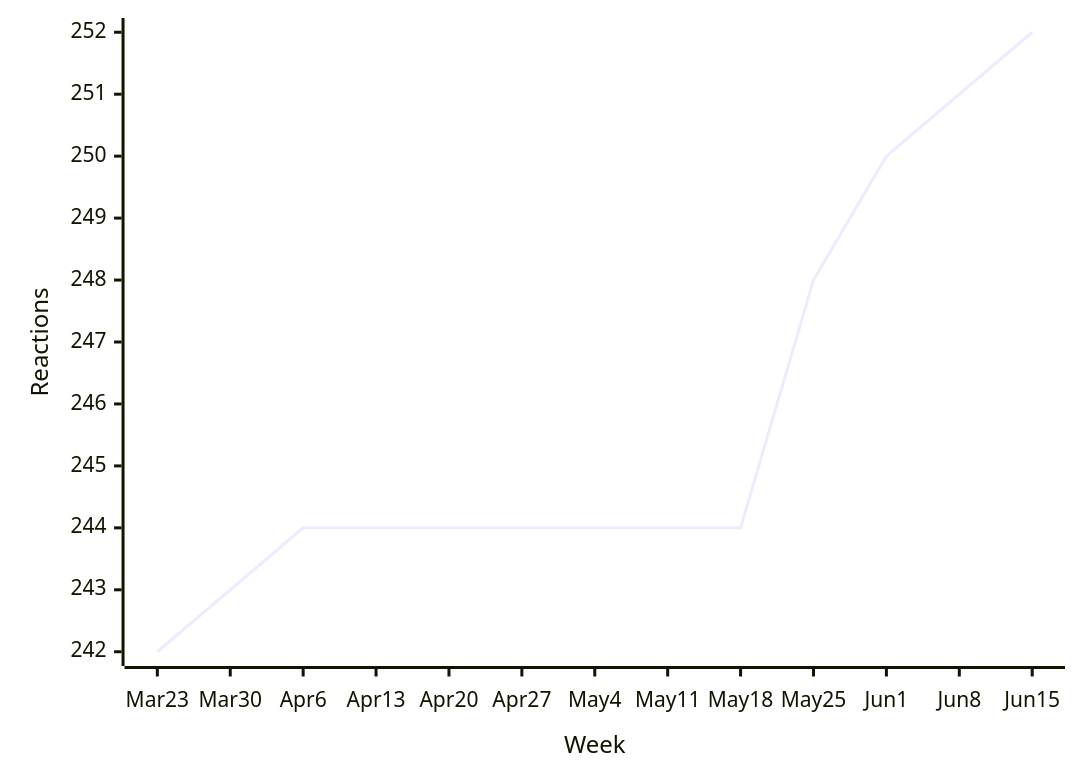
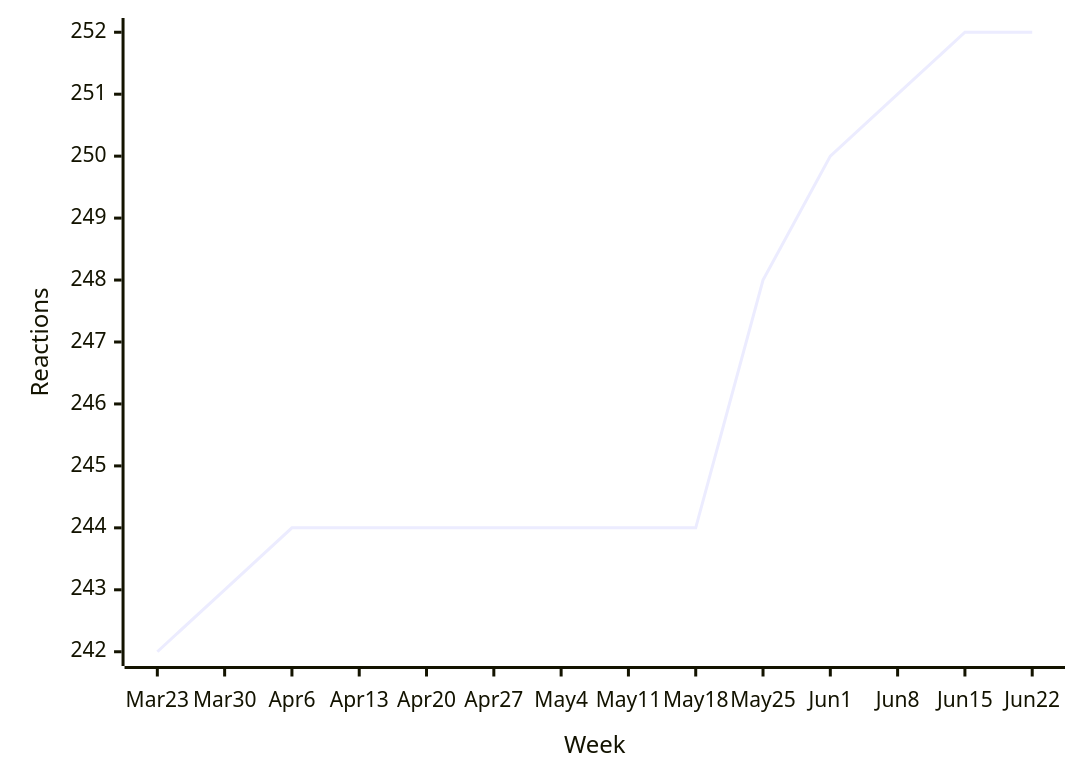
One commit to loic-sharma/github-insights changed diagram 14 of 50 in README.md. Above: the diagram before and after it, drawn with Mermaid. The commit also changed other lines of this file and 3 other files, not shown here.

````diff
--- a/README.md
+++ b/README.md
@@ -560,6 +560,6 @@
   ```mermaid
   xychart-beta
-    x-axis "Week" [Mar 23, Mar 30, Apr 6, Apr 13, Apr 20, Apr 27, May 4, May 11, May 18, May 25, Jun 1, Jun 8, Jun 15]
+    x-axis "Week" [Mar 23, Mar 30, Apr 6, Apr 13, Apr 20, Apr 27, May 4, May 11, May 18, May 25, Jun 1, Jun 8, Jun 15, Jun 22]
     y-axis "Reactions"
-    line [242, 243, 244, 244, 244, 244, 244, 244, 244, 248, 250, 251, 252]
+    line [242, 243, 244, 244, 244, 244, 244, 244, 244, 248, 250, 251, 252, 252]
   ```
````
